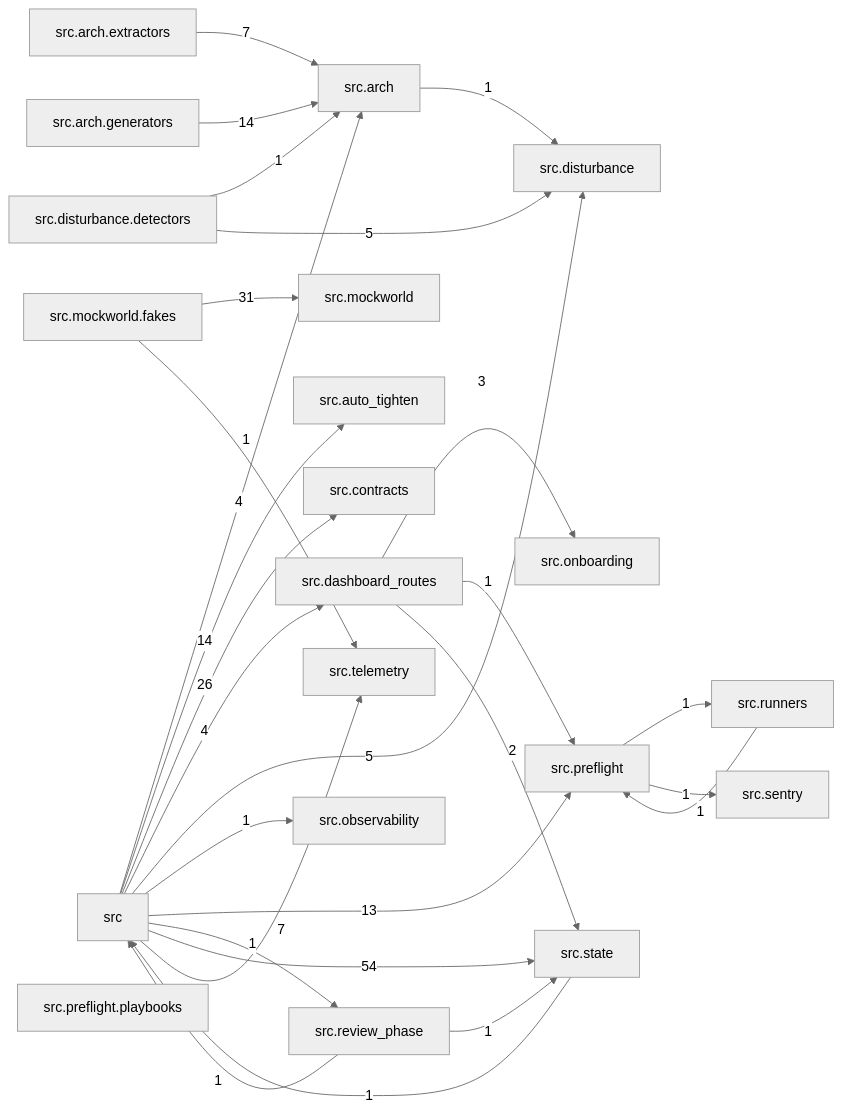
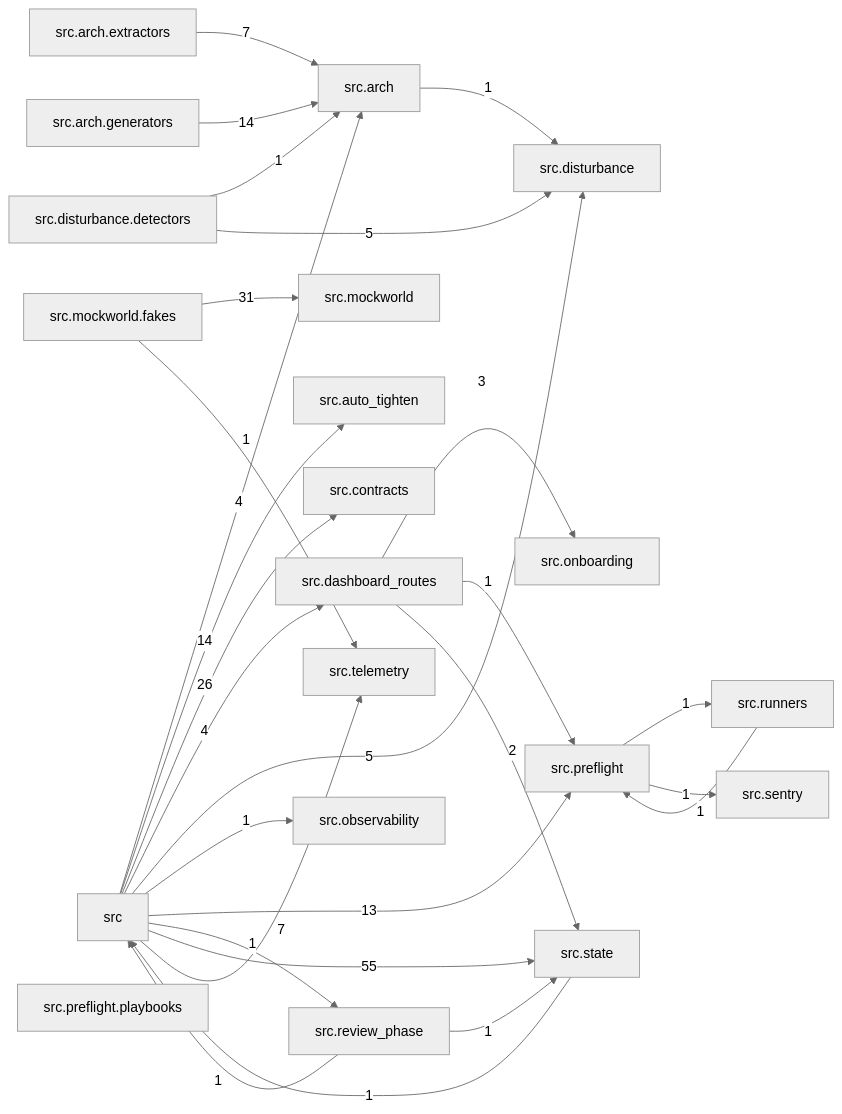
Before and after one commit to T-rav/hydraflow: the diagram in docs/arch/generated/modules.md, drawn with Mermaid (neutral theme). The commit also changed 24 other files, not shown here.

````diff
--- a/docs/arch/generated/modules.md
+++ b/docs/arch/generated/modules.md
@@ -7,49 +7,49 @@
 ```mermaid
 graph LR
     src["src"]
     src_arch["src.arch"]
     src_arch_extractors["src.arch.extractors"]
     src_arch_generators["src.arch.generators"]
     src_auto_tighten["src.auto_tighten"]
     src_contracts["src.contracts"]
     src_dashboard_routes["src.dashboard_routes"]
     src_disturbance["src.disturbance"]
     src_disturbance_detectors["src.disturbance.detectors"]
     src_mockworld["src.mockworld"]
     src_mockworld_fakes["src.mockworld.fakes"]
     src_observability["src.observability"]
     src_onboarding["src.onboarding"]
     src_preflight["src.preflight"]
     src_preflight_playbooks["src.preflight.playbooks"]
     src_review_phase["src.review_phase"]
     src_runners["src.runners"]
     src_sentry["src.sentry"]
     src_state["src.state"]
     src_telemetry["src.telemetry"]
     src -- "4" --> src_arch
     src -- "14" --> src_auto_tighten
     src -- "26" --> src_contracts
     src -- "4" --> src_dashboard_routes
     src -- "5" --> src_disturbance
     src -- "1" --> src_observability
     src -- "13" --> src_preflight
     src -- "1" --> src_review_phase
-    src -- "54" --> src_state
+    src -- "55" --> src_state
     src -- "7" --> src_telemetry
     src_arch -- "1" --> src_disturbance
     src_arch_extractors -- "7" --> src_arch
     src_arch_generators -- "14" --> src_arch
     src_dashboard_routes -- "3" --> src_onboarding
     src_dashboard_routes -- "1" --> src_preflight
     src_dashboard_routes -- "2" --> src_state
     src_disturbance_detectors -- "1" --> src_arch
     src_disturbance_detectors -- "5" --> src_disturbance
     src_mockworld_fakes -- "31" --> src_mockworld
     src_mockworld_fakes -- "1" --> src_telemetry
     src_preflight -- "1" --> src_runners
     src_preflight -- "1" --> src_sentry
     src_review_phase -- "1" --> src
     src_review_phase -- "1" --> src_state
     src_runners -- "1" --> src_preflight
     src_state -- "1" --> src
 ```
````
